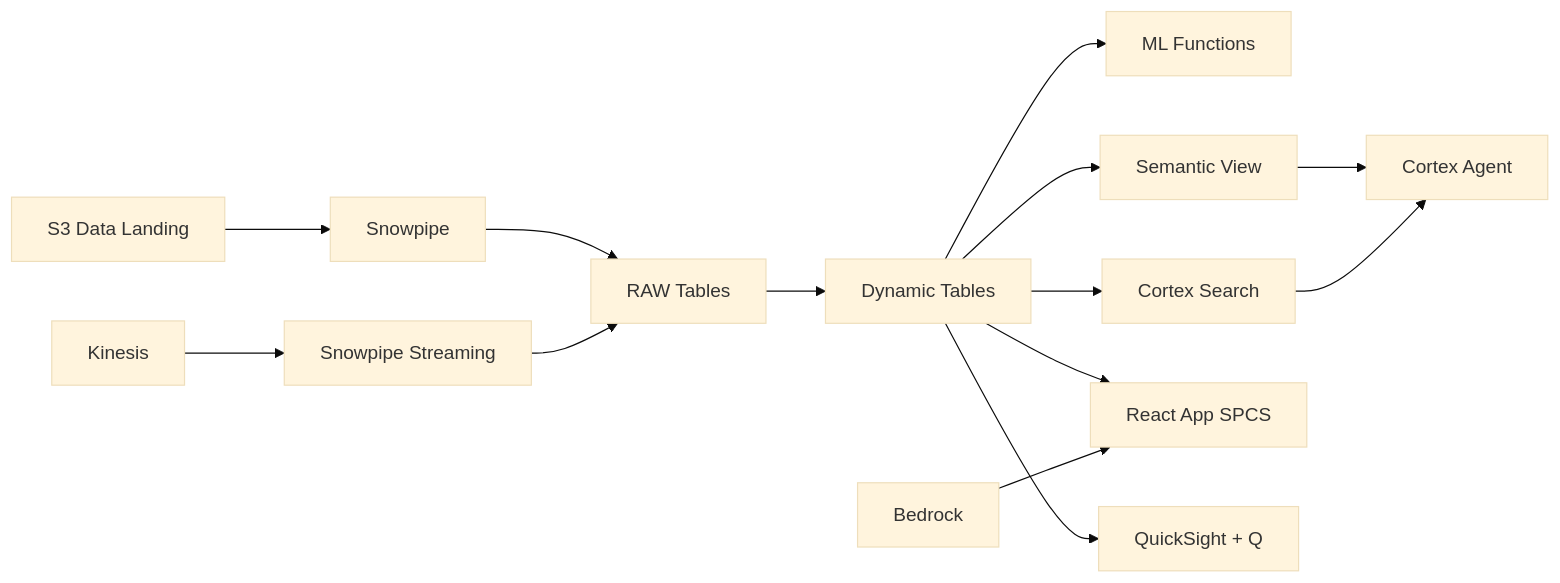
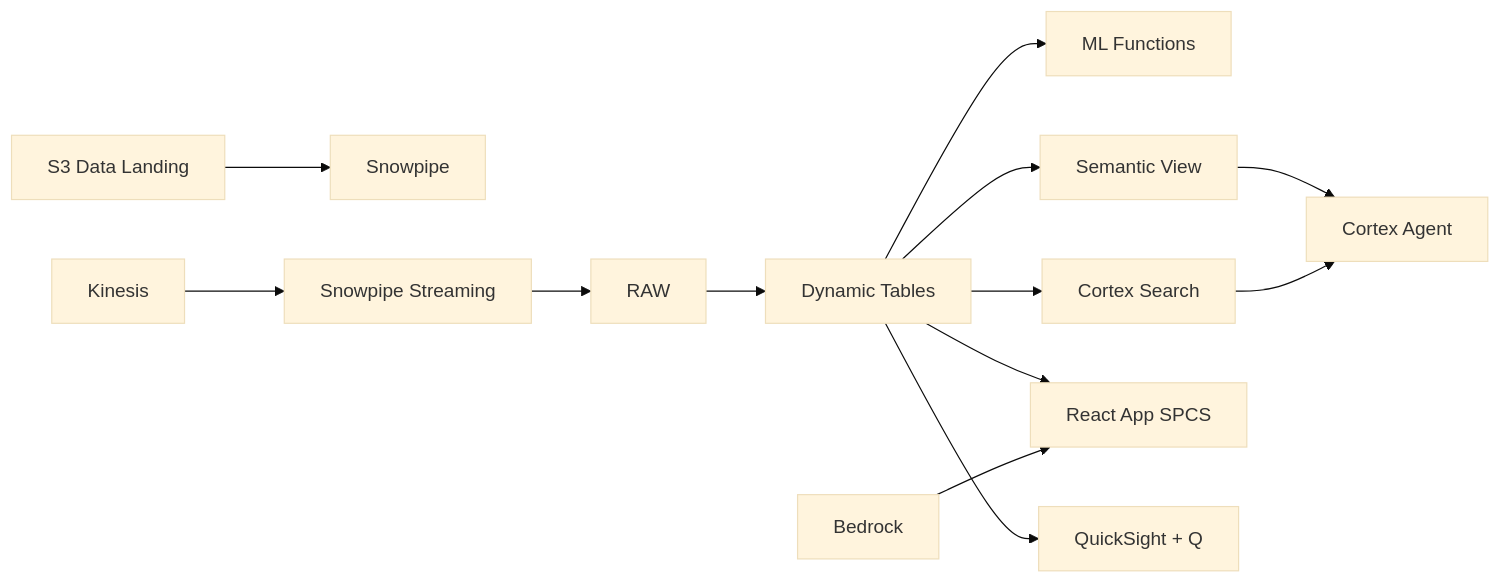
One commit to sfc-gh-jasvestis/aws-indonesia-islamic-finance-sukuk changed the diagram in README.md. Above: the diagram before and after it, drawn with Mermaid (base theme). The commit also changed 7 other files, not shown here.

Commit message:
Fix: add all source files, .gitignore, fix Mermaid diagram

````diff
--- a/README.md
+++ b/README.md
@@ -9,16 +9,15 @@
 ```mermaid
 flowchart LR
     S3[S3 Data Landing] --> SP[Snowpipe]
     KIN[Kinesis] --> SPS[Snowpipe Streaming]
-    SP --> RAW[RAW Tables]
     SPS --> RAW
     RAW --> DT[Dynamic Tables]
     DT --> ML[ML Functions]
     DT --> SEARCH[Cortex Search]
     DT --> SV[Semantic View]
     SV --> AGENT[Cortex Agent]
     SEARCH --> AGENT
     DT --> APP[React App SPCS]
     BR[Bedrock] --> APP
     DT --> QS[QuickSight + Q]
 ```
````
